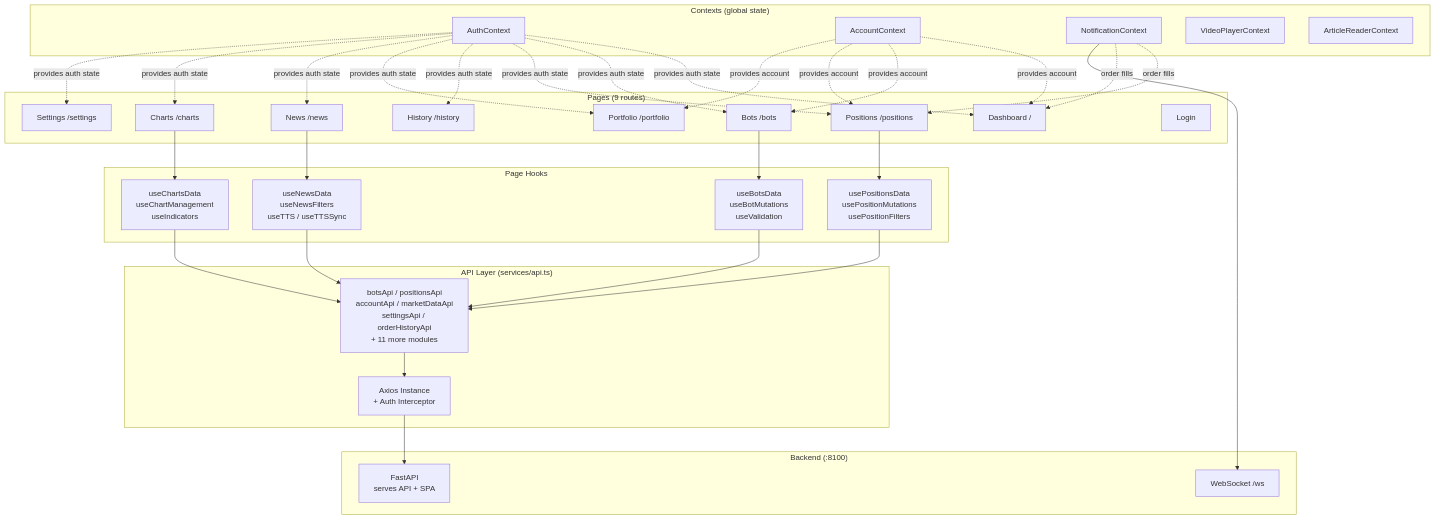
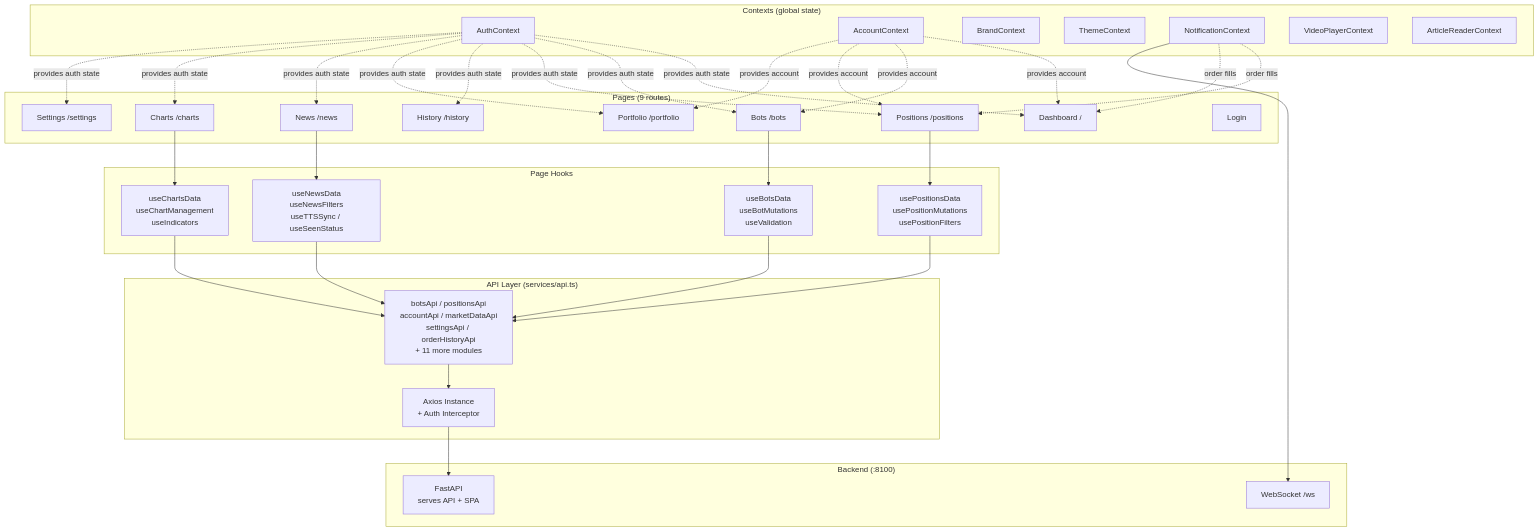
One commit to lromero74/ZenithGrid changed the third of 5 diagrams in docs/ARCHITECTURE.md. Above: the diagram before and after it, drawn with Mermaid. The commit also changed other lines of this file and 3 other files, not shown here.

Commit message:
v2.26.1: Architecture documentation overhaul — sync docs with actual codebase

````diff
--- a/docs/ARCHITECTURE.md
+++ b/docs/ARCHITECTURE.md
@@ -200,52 +205,54 @@
 ```mermaid
 graph TB
     subgraph "Pages (9 routes)"
         P_DASH[Dashboard /]
         P_BOTS[Bots /bots]
         P_POS[Positions /positions]
         P_HIST[History /history]
         P_PORT[Portfolio /portfolio]
         P_NEWS[News /news]
         P_CHART[Charts /charts]
         P_SET[Settings /settings]
         P_LOGIN[Login]
     end
 
     subgraph "Contexts (global state)"
         CTX_AUTH[AuthContext]
         CTX_ACCT[AccountContext]
+        CTX_BRAND[BrandContext]
+        CTX_THEME[ThemeContext]
         CTX_NOTIF[NotificationContext]
         CTX_VIDEO[VideoPlayerContext]
         CTX_READER[ArticleReaderContext]
     end
 
     subgraph "Page Hooks"
         H_BOTS[useBotsData<br/>useBotMutations<br/>useValidation]
         H_POS[usePositionsData<br/>usePositionMutations<br/>usePositionFilters]
         H_CHART[useChartsData<br/>useChartManagement<br/>useIndicators]
-        H_NEWS[useNewsData<br/>useNewsFilters<br/>useTTS / useTTSSync]
+        H_NEWS[useNewsData<br/>useNewsFilters<br/>useTTSSync / useSeenStatus]
     end
 
     subgraph "API Layer (services/api.ts)"
         API[Axios Instance<br/>+ Auth Interceptor]
         API_MODS[botsApi / positionsApi<br/>accountApi / marketDataApi<br/>settingsApi / orderHistoryApi<br/>+ 11 more modules]
     end
 
     subgraph "Backend (:8100)"
         BE[FastAPI<br/>serves API + SPA]
         WS[WebSocket /ws]
     end
 
     P_BOTS --> H_BOTS
     P_POS --> H_POS
     P_CHART --> H_CHART
     P_NEWS --> H_NEWS
 
     H_BOTS & H_POS & H_CHART & H_NEWS --> API_MODS
     API_MODS --> API --> BE
 
     CTX_AUTH -.->|provides auth state| P_DASH & P_BOTS & P_POS & P_HIST & P_PORT & P_NEWS & P_CHART & P_SET
     CTX_ACCT -.->|provides account| P_DASH & P_BOTS & P_POS & P_PORT
     CTX_NOTIF -.->|order fills| P_POS & P_DASH
     CTX_NOTIF --> WS
 ```
````
